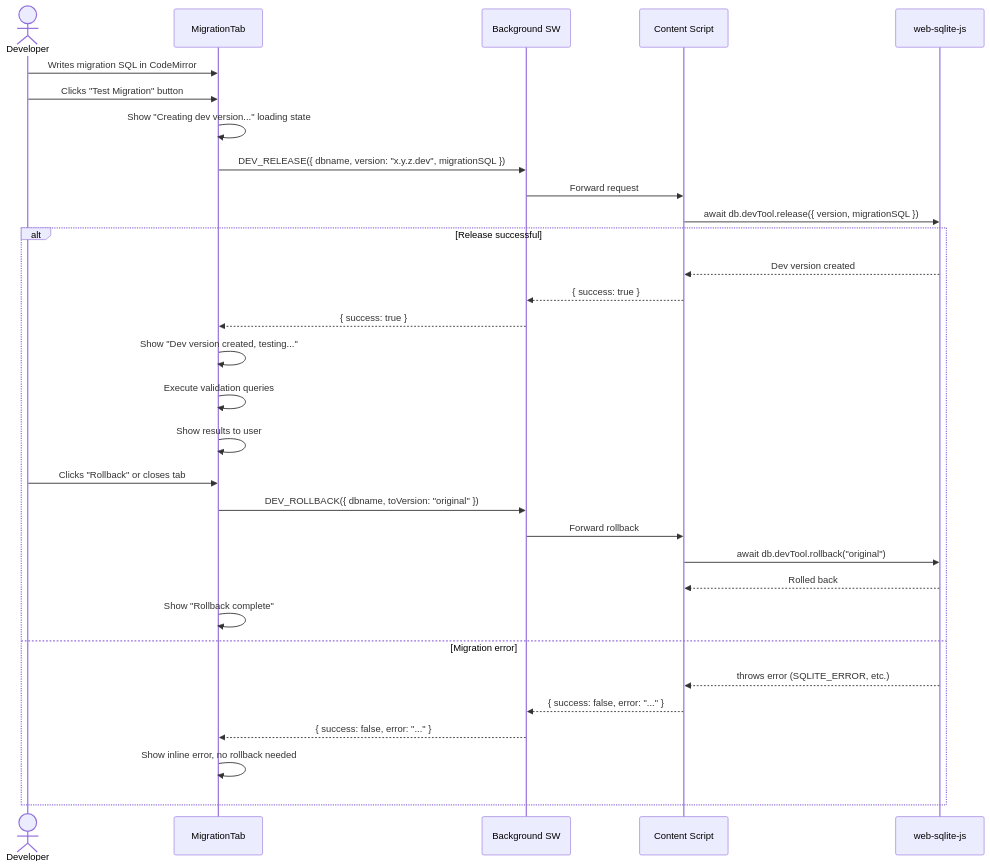
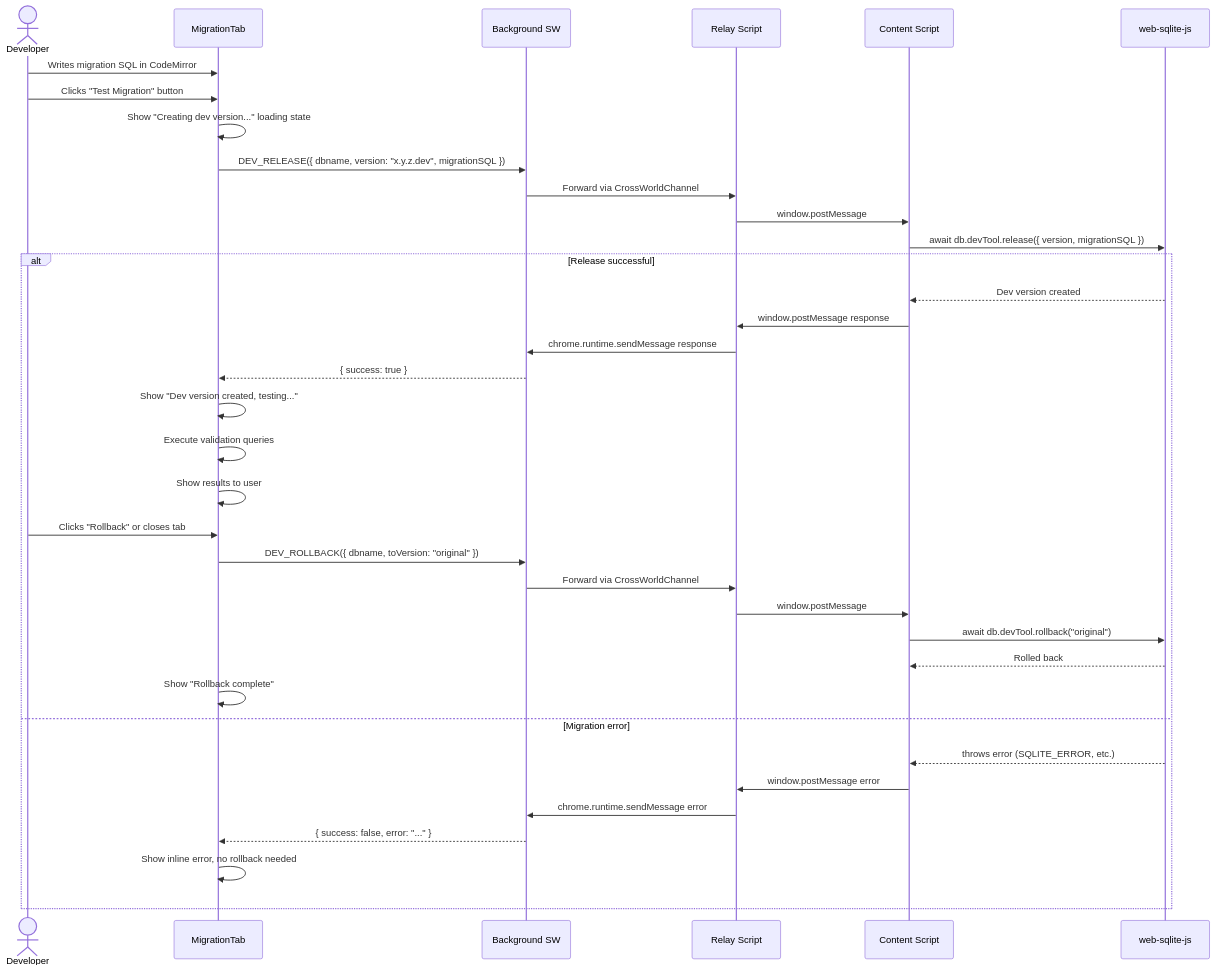
Before and after one commit to wuchuheng/web-sqlite-js-devtools: the sixth of 14 diagrams in agent-docs/03-architecture/02-dataflow.md, drawn with Mermaid. The commit also changed other lines of this file and 18 other files, not shown here.

````diff
--- a/agent-docs/03-architecture/02-dataflow.md
+++ b/agent-docs/03-architecture/02-dataflow.md
@@ -159,37 +184,42 @@
 ```mermaid
 sequenceDiagram
     actor Dev as Developer
     participant Panel as MigrationTab
     participant BG as Background SW
+    participant Relay as Relay Script
     participant CS as Content Script
     participant DB as web-sqlite-js
 
     Dev->>Panel: Writes migration SQL in CodeMirror
     Dev->>Panel: Clicks "Test Migration" button
     Panel->>Panel: Show "Creating dev version..." loading state
 
     Panel->>BG: DEV_RELEASE({ dbname, version: "x.y.z.dev", migrationSQL })
-    BG->>CS: Forward request
+    BG->>Relay: Forward via CrossWorldChannel
+    Relay->>CS: window.postMessage
     CS->>DB: await db.devTool.release({ version, migrationSQL })
 
     alt Release successful
         DB-->>CS: Dev version created
-        CS-->>BG: { success: true }
+        CS->>Relay: window.postMessage response
+        Relay->>BG: chrome.runtime.sendMessage response
         BG-->>Panel: { success: true }
         Panel->>Panel: Show "Dev version created, testing..."
         Panel->>Panel: Execute validation queries
         Panel->>Panel: Show results to user
 
         Dev->>Panel: Clicks "Rollback" or closes tab
         Panel->>BG: DEV_ROLLBACK({ dbname, toVersion: "original" })
-        BG->>CS: Forward rollback
+        BG->>Relay: Forward via CrossWorldChannel
+        Relay->>CS: window.postMessage
         CS->>DB: await db.devTool.rollback("original")
         DB-->>CS: Rolled back
         Panel->>Panel: Show "Rollback complete"
     else Migration error
         DB-->>CS: throws error (SQLITE_ERROR, etc.)
-        CS-->>BG: { success: false, error: "..." }
+        CS->>Relay: window.postMessage error
+        Relay->>BG: chrome.runtime.sendMessage error
         BG-->>Panel: { success: false, error: "..." }
         Panel->>Panel: Show inline error, no rollback needed
     end
 ```
````
